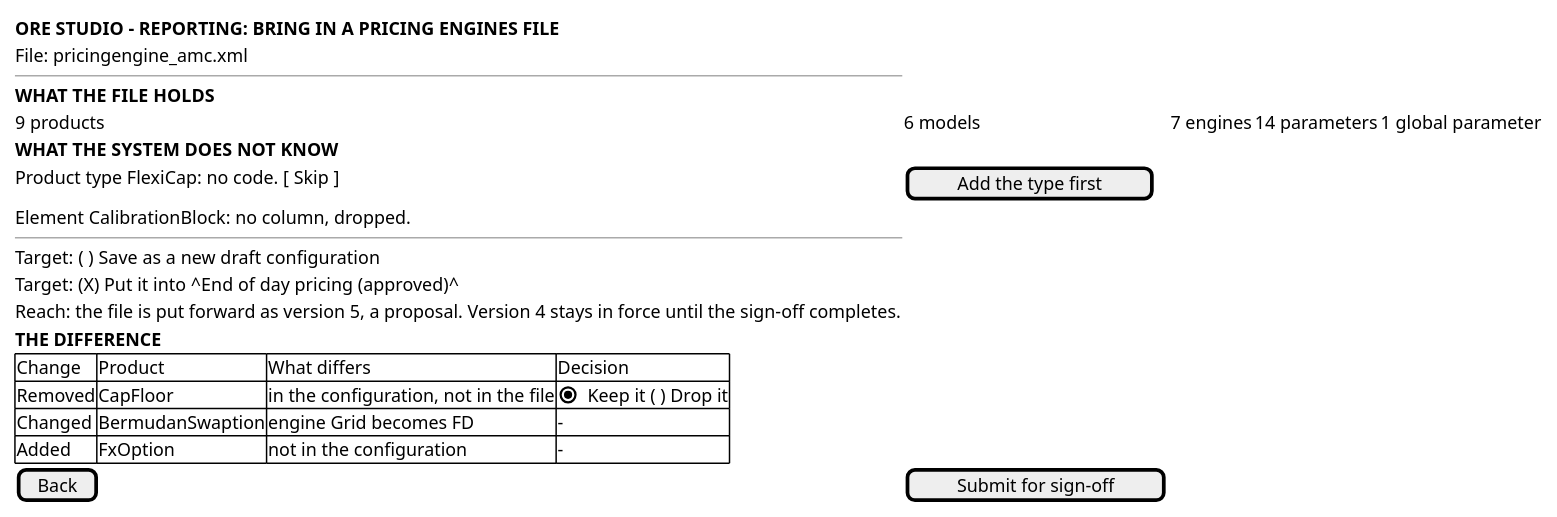
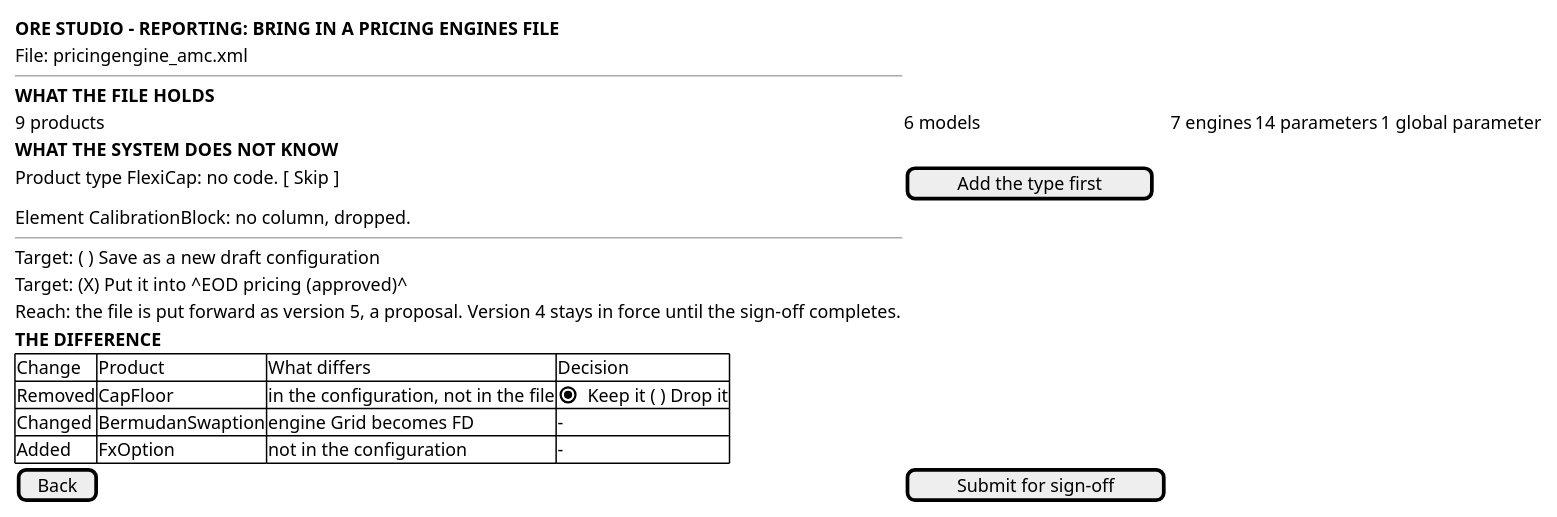
One commit to OreStudio/OreStudio changed the diagram in doc/knowledge/journeys/reporting/wireframe_bring_in_a_pricing_engines_file.puml. Above: the diagram before and after it, drawn with PlantUML. The commit also changed 26 other files, not shown here.

```diff
--- a/doc/knowledge/journeys/reporting/wireframe_bring_in_a_pricing_engines_file.puml
+++ b/doc/knowledge/journeys/reporting/wireframe_bring_in_a_pricing_engines_file.puml
@@ -18,27 +18,27 @@
 @startuml
 
 salt
 {
   <b>ORE STUDIO - REPORTING: BRING IN A PRICING ENGINES FILE</b>
   File: pricingengine_amc.xml
   --
   <b>WHAT THE FILE HOLDS</b>
   9 products | 6 models | 7 engines | 14 parameters | 1 global parameter
   <b>WHAT THE SYSTEM DOES NOT KNOW</b>
   Product type FlexiCap: no code. [ Skip ] | [ Add the type first ]
   Element CalibrationBlock: no column, dropped.
   --
   Target: ( ) Save as a new draft configuration
-  Target: (X) Put it into ^End of day pricing (approved)^
+  Target: (X) Put it into ^EOD pricing (approved)^
   Reach: the file is put forward as version 5, a proposal. Version 4 stays in force until the sign-off completes.
   <b>THE DIFFERENCE</b>
   {#
     Change | Product | What differs | Decision
     Removed | CapFloor | in the configuration, not in the file | (X) Keep it ( ) Drop it
     Changed | BermudanSwaption | engine Grid becomes FD | -
     Added | FxOption | not in the configuration | -
   }
   [ Back ] | [ Submit for sign-off ]
 }
 
 @enduml
```
